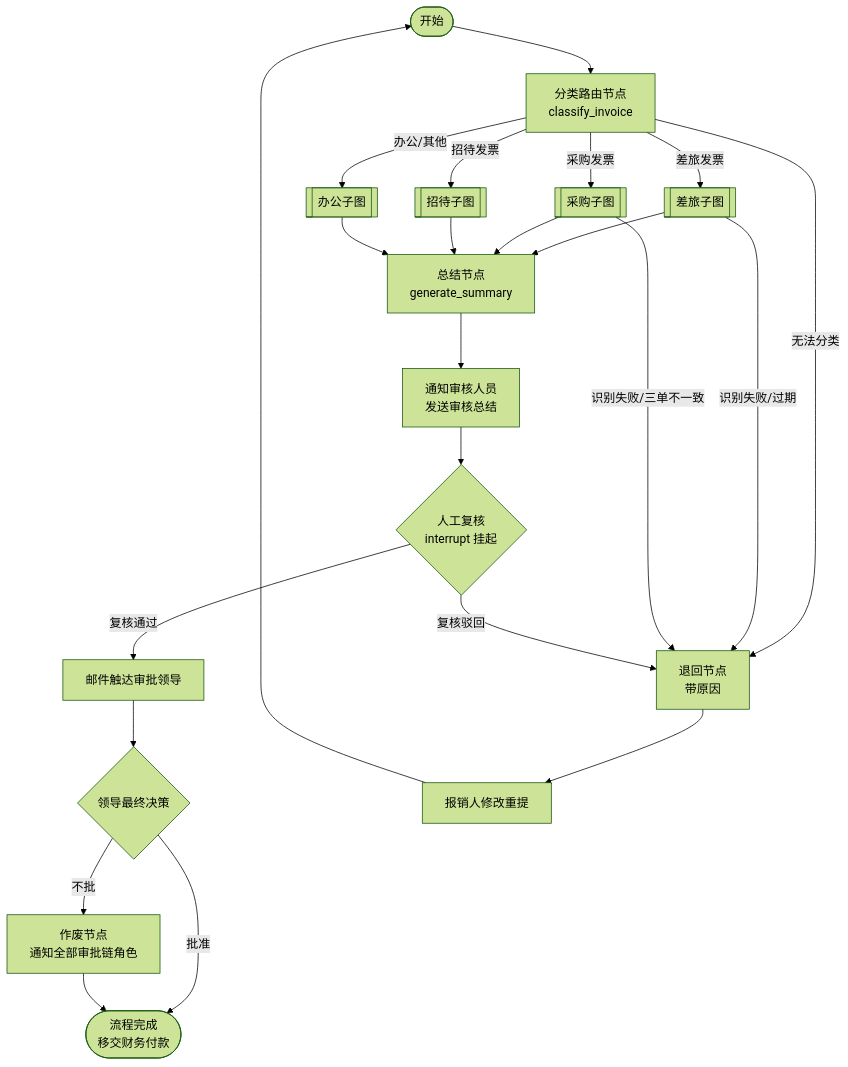
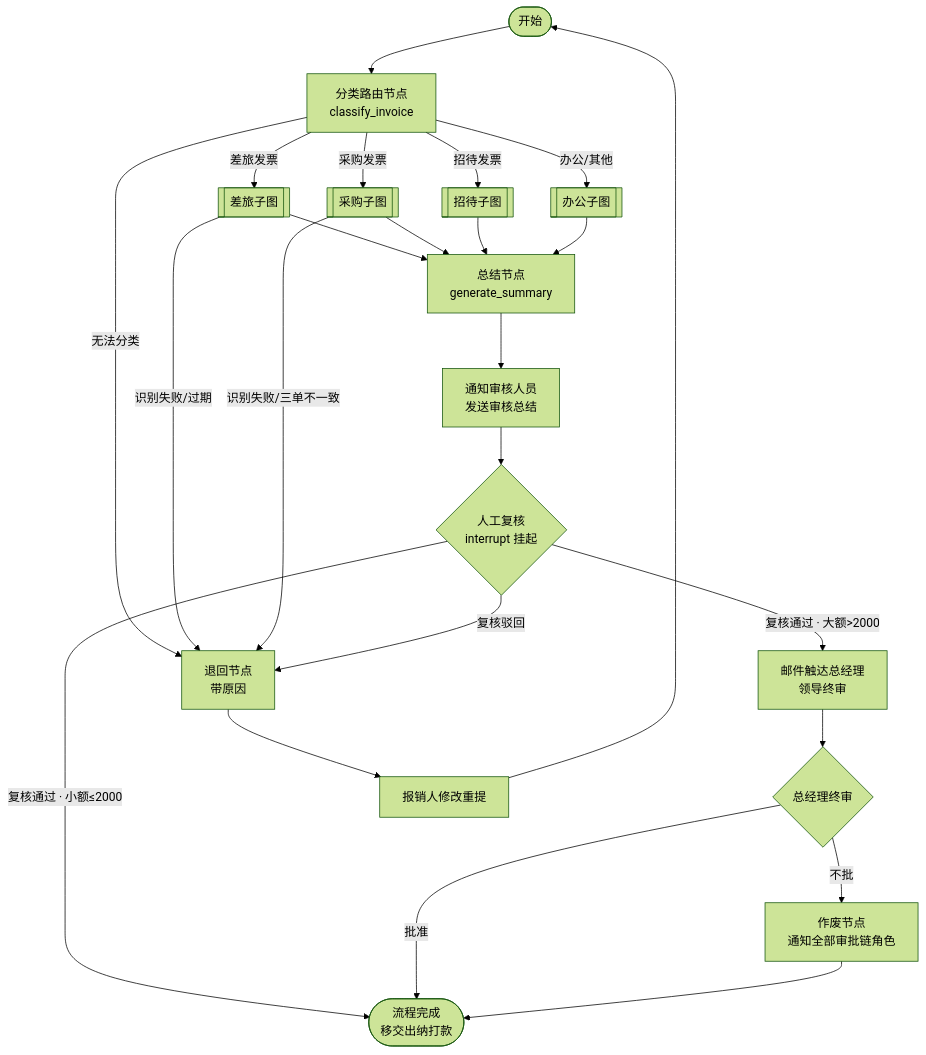
The second of 2 diagrams in README.md (LDFei/FlowInvoice), drawn with Mermaid (forest theme) before and after one commit. The commit also changed other lines of this file and 81 other files, not shown here.

````diff
--- a/README.md
+++ b/README.md
@@ -69,30 +73,31 @@
 ```mermaid
 flowchart TD
     START([开始]) --> CLS[分类路由节点<br/>classify_invoice]
     CLS -->|差旅发票| TRAV[[差旅子图]]
     CLS -->|采购发票| PROC[[采购子图]]
     CLS -->|招待发票| ENT[[招待子图]]
     CLS -->|办公/其他| OFF[[办公子图]]
     CLS -->|无法分类| RJ[退回节点<br/>带原因]
 
     TRAV --> SUM[总结节点<br/>generate_summary]
     PROC --> SUM
     ENT --> SUM
     OFF --> SUM
 
     TRAV -->|识别失败/过期| RJ
     PROC -->|识别失败/三单不一致| RJ
 
     SUM --> NOT[通知审核人员<br/>发送审核总结]
     NOT --> INT{人工复核<br/>interrupt 挂起}
-    INT -->|复核通过| EMAIL[邮件触达审批领导]
+    INT -->|复核通过 · 大额>2000| EMAIL[邮件触达总经理<br/>领导终审]
+    INT -->|复核通过 · 小额≤2000| ENDE([流程完成<br/>移交出纳打款<br/>总经理仅收到告知])
     INT -->|复核驳回| RJ
 
-    EMAIL --> DECIDE{领导最终决策}
-    DECIDE -->|批准| ENDE([流程完成<br/>移交财务付款])
+    EMAIL --> DECIDE{总经理终审}
+    DECIDE -->|批准| ENDE([流程完成<br/>移交出纳打款])
     DECIDE -->|不批| VOID[作废节点<br/>通知全部审批链角色]
 
     RJ --> RSU[报销人修改重提]
     RSU --> START
     VOID --> ENDE
 ```
````
